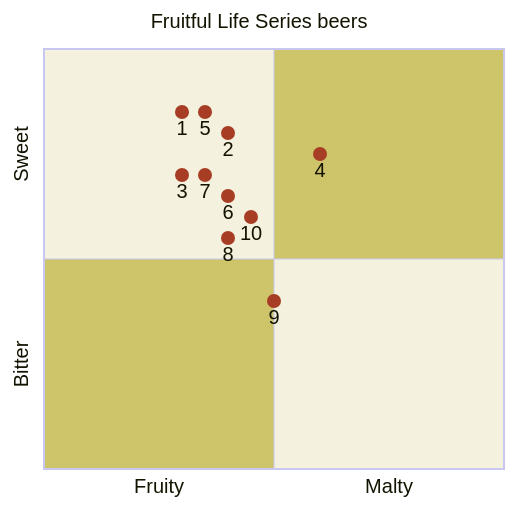
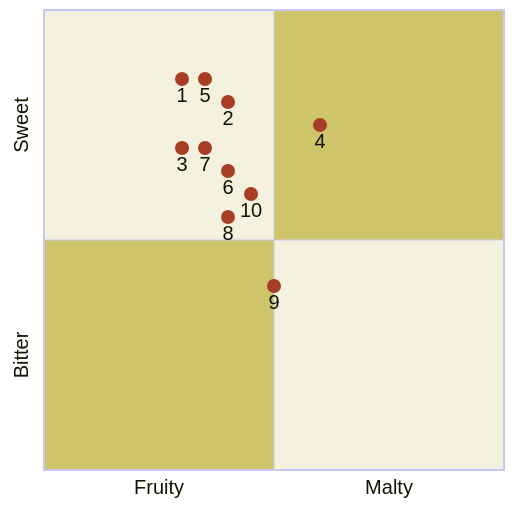
The first of 11 diagrams in docs/beers-fruitful-life-series.mdx (josh-wong/baird-beer-quadrants), drawn with Mermaid before and after one commit. The commit also changed other lines of this file and 3 other files, not shown here.

````diff
--- a/docs/beers-fruitful-life-series.mdx
+++ b/docs/beers-fruitful-life-series.mdx
@@ -14,17 +14,16 @@
 ```mermaid
 %%{init: {"quadrantChart": {"xAxisLabelFontSize": 20, "yAxisLabelFontSize": 20,"pointLabelFontSize": 20, "pointRadius": 7, "pointTextPadding": 9}, "themeVariables": {"quadrantPointFill": "#a83d25", "quadrant1Fill": "#cec56b", "quadrant2Fill": "#f4f2de", "quadrant3Fill": "#cec56b", "quadrant4Fill": "#f4f2de"} }}%%
 quadrantChart
-    title Fruitful Life Series beers
     x-axis Fruity --> Malty
     y-axis Bitter --> Sweet
     1: [0.30, 0.85]
     2: [0.40, 0.80]
     3: [0.30, 0.70]
     4: [0.60, 0.75]
     5: [0.35, 0.85]
     6: [0.40, 0.65]
     7: [0.35, 0.70]
     8: [0.40, 0.55]
     9: [0.50, 0.40]
     10: [0.45, 0.60]
 ```
````
